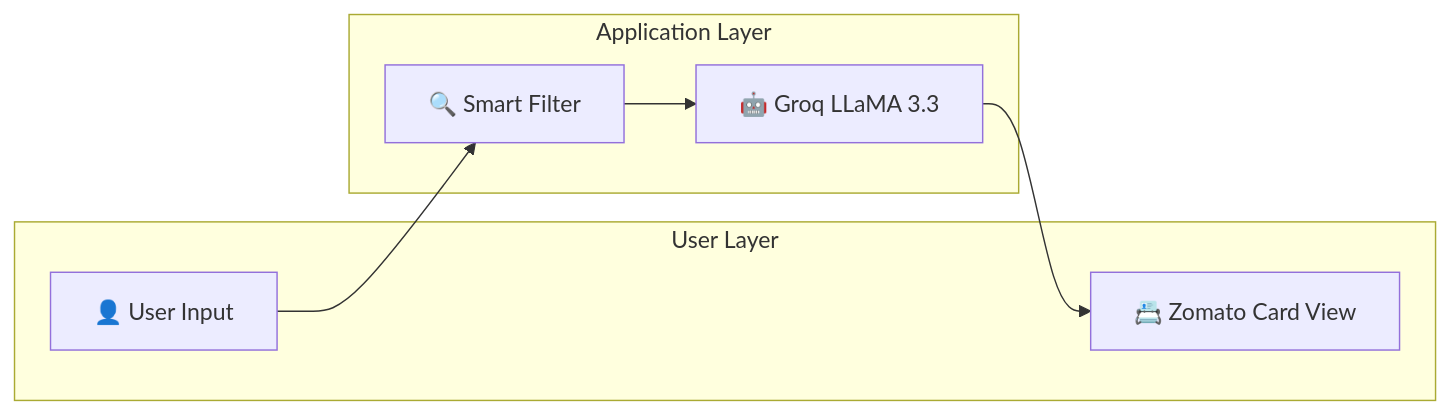
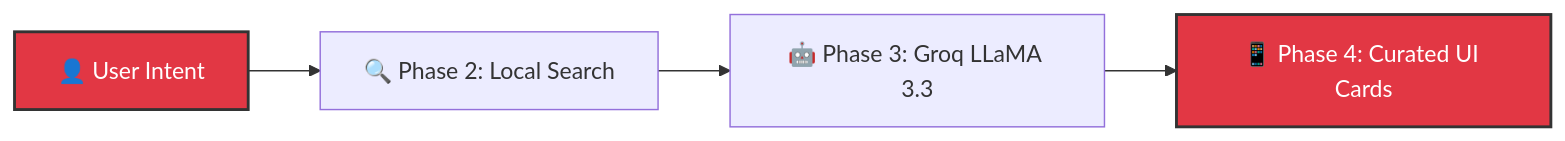
Before and after one commit to mkrishkmr/gen-AI-project: the diagram in ARCHITECTURE.md, drawn with Mermaid. The commit also changed other lines of this file and 24 other files, not shown here.

Commit message:
Refactor Phase Architecture

````diff
--- a/ARCHITECTURE.md
+++ b/ARCHITECTURE.md
@@ -9,16 +43,9 @@
 ```mermaid
 flowchart LR
-    A[👤 User Input] --> B[🔍 Smart Filter]
-    B --> C[🤖 Groq LLaMA 3.3]
-    C --> D[📇 Zomato Card View]
+    A[👤 User Intent] --> B[🔍 Phase 2: Local Search]
+    B --> C[🤖 Phase 3: Groq LLaMA 3.3]
+    C --> D[📱 Phase 4: Curated UI Cards]
 
-    subgraph "User Layer"
-        A
-        D
-    end
-
-    subgraph "Application Layer"
-        B
-        C
-    end
+    style A fill:#E23744,stroke:#333,stroke-width:2px,color:#fff
+    style D fill:#E23744,stroke:#333,stroke-width:2px,color:#fff
 ```
````
